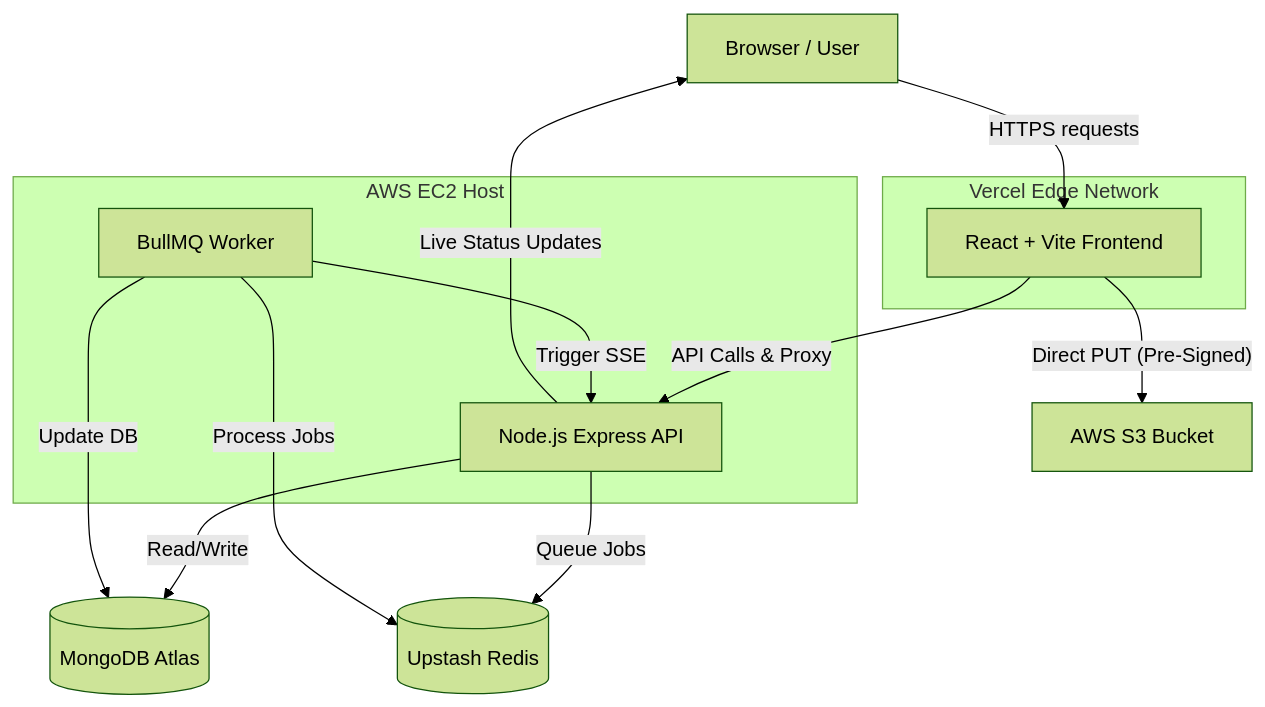
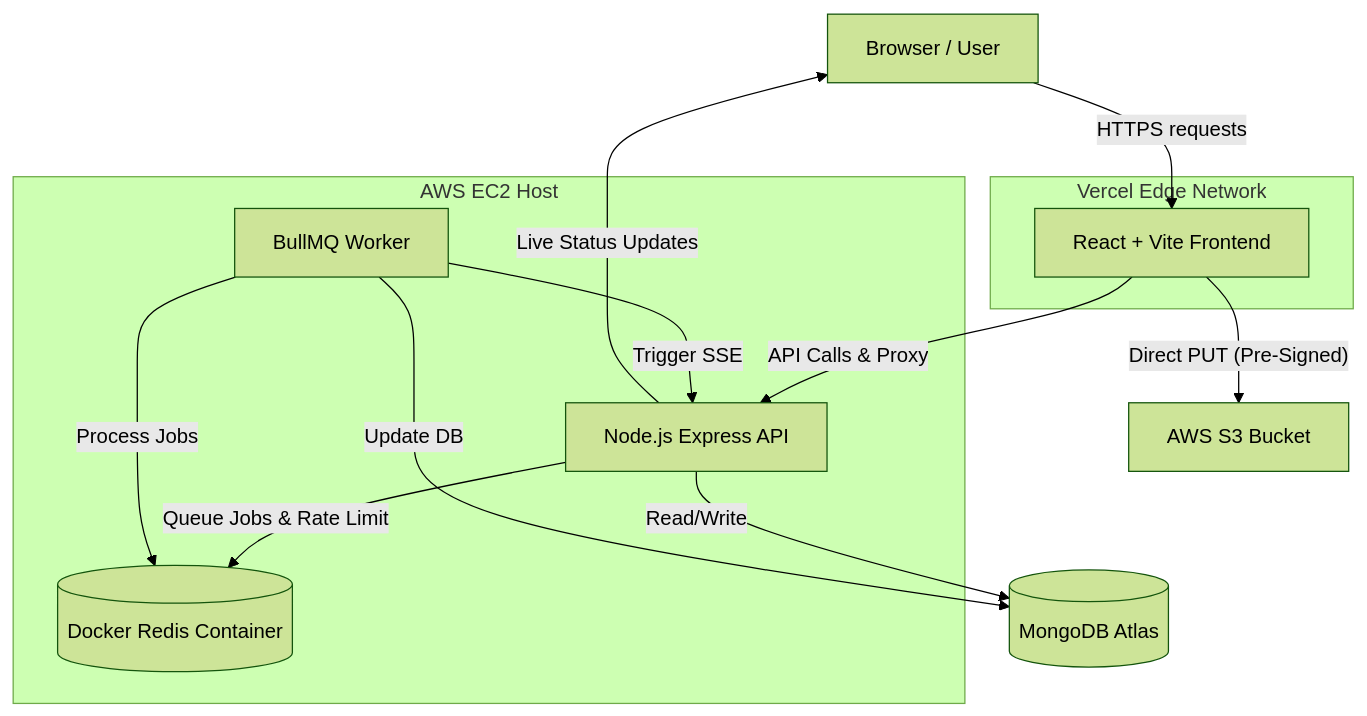
Before and after one commit to SKD151105/CreditPulse: the diagram in README.md, drawn with Mermaid (forest theme). The commit also changed other lines of this file, not shown here.

Commit message:
docs: rewrite README to include architecture decisions and remove emojis

````diff
--- a/README.md
+++ b/README.md
@@ -45,36 +60,36 @@
 ```mermaid
 flowchart TD
     %% Entities
     Client[Browser / User]
     
     %% Frontend
     subgraph Vercel[Vercel Edge Network]
         FE[React + Vite Frontend]
     end
     
     %% AWS Backend
     subgraph AWS[AWS EC2 Host]
         API[Node.js Express API]
         Worker[BullMQ Worker]
+        Redis[(Docker Redis Container)]
     end
     
     %% External Services
     S3[AWS S3 Bucket]
     Mongo[(MongoDB Atlas)]
-    Redis[(Upstash Redis)]
     
     %% Flow
     Client -- "HTTPS requests" --> FE
     FE -- "API Calls & Proxy" --> API
     FE -- "Direct PUT (Pre-Signed)" --> S3
     
     API -- "Read/Write" --> Mongo
-    API -- "Queue Jobs" --> Redis
+    API -- "Queue Jobs & Rate Limit" --> Redis
     
     Worker -- "Process Jobs" --> Redis
     Worker -- "Update DB" --> Mongo
     
     %% Real-time Flow
     Worker -- "Trigger SSE" --> API
     API -- "Live Status Updates" --> Client
 ```
````
